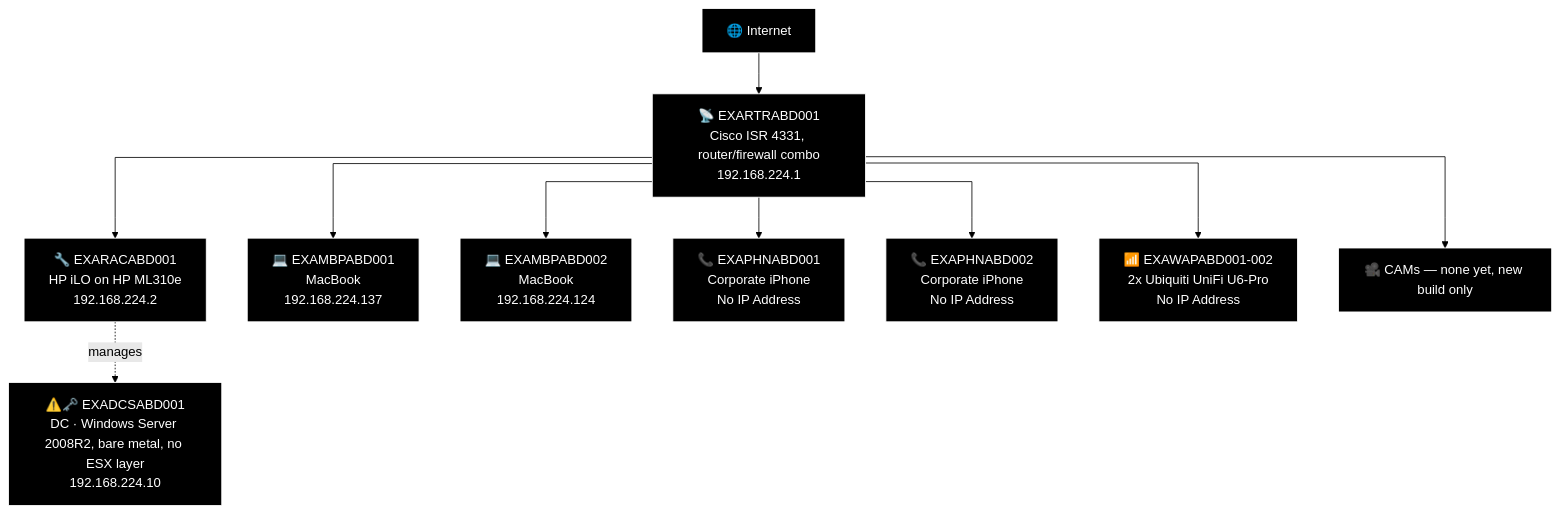
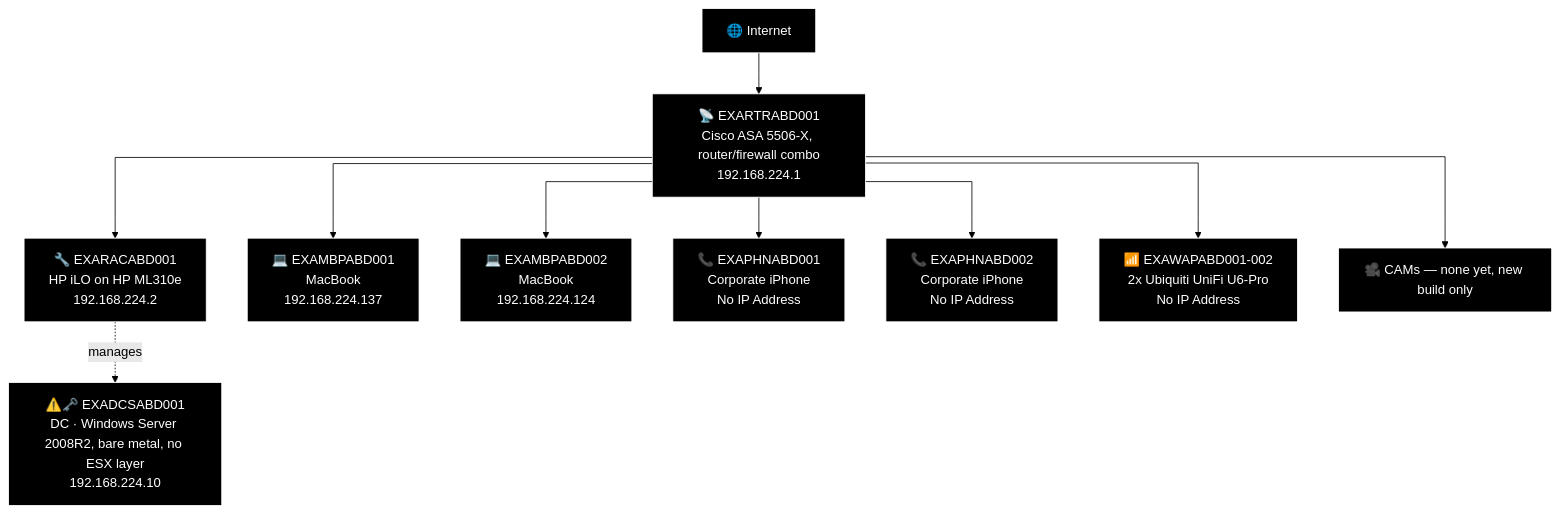
Diagram 19 of 21 in docs/network-diagram/scotland.md (knightmare2600/example_music_infra), drawn with Mermaid (forest theme) before and after one commit. The commit also changed other lines of this file and 5 other files, not shown here.

````diff
--- a/docs/network-diagram/scotland.md
+++ b/docs/network-diagram/scotland.md
@@ -1116,36 +1116,36 @@
 ```mermaid
 %%{init: {'flowchart': {'curve': 'stepAfter'}}}%%
 graph TD
     O_INET["🌐 Internet"]
-    O_RTR["📡 EXARTRABD001<br/>Cisco ISR 4331, router/firewall combo<br/>192.168.224.1"]
+    O_RTR["📡 EXARTRABD001<br/>Cisco ASA 5506-X, router/firewall combo<br/>192.168.224.1"]
     O_INET --> O_RTR
 
     O_ILO["🔧 EXARACABD001<br/>HP iLO on HP ML310e<br/>192.168.224.2"]
     O_DC["⚠️🗝️ EXADCSABD001<br/>DC · Windows Server 2008R2, bare metal, no ESX layer<br/>192.168.224.10"]
     O_RTR --> O_ILO
     O_ILO -.->|"manages"| O_DC
 
     O_MBP1["💻 EXAMBPABD001<br/>MacBook<br/>192.168.224.137"]
     O_MBP2["💻 EXAMBPABD002<br/>MacBook<br/>192.168.224.124"]
     O_PHN1["📞 EXAPHNABD001<br/>Corporate iPhone<br/>No IP Address"]
     O_PHN2["📞 EXAPHNABD002<br/>Corporate iPhone<br/>No IP Address"]
     O_WAP["📶 EXAWAPABD001-002<br/>2x Ubiquiti UniFi U6-Pro<br/>No IP Address"]
     O_CAM["🎥 CAMs — none yet, new build only"]
     O_RTR --> O_MBP1
     O_RTR --> O_MBP2
     O_RTR --> O_PHN1
     O_RTR --> O_PHN2
     O_RTR --> O_WAP
     O_RTR --> O_CAM
 
     style O_INET fill:#000000,stroke:#FFFFFF,color:#FFFFFF
     style O_RTR fill:#000000,stroke:#FFFFFF,color:#FFFFFF
     style O_ILO fill:#000000,stroke:#FFFFFF,color:#FFFFFF
     style O_DC fill:#000000,stroke:#FFFFFF,color:#FFFFFF
     style O_MBP1 fill:#000000,stroke:#FFFFFF,color:#FFFFFF
     style O_MBP2 fill:#000000,stroke:#FFFFFF,color:#FFFFFF
     style O_PHN1 fill:#000000,stroke:#FFFFFF,color:#FFFFFF
     style O_PHN2 fill:#000000,stroke:#FFFFFF,color:#FFFFFF
     style O_WAP fill:#000000,stroke:#FFFFFF,color:#FFFFFF
     style O_CAM fill:#000000,stroke:#FFFFFF,color:#FFFFFF
 ```
````
